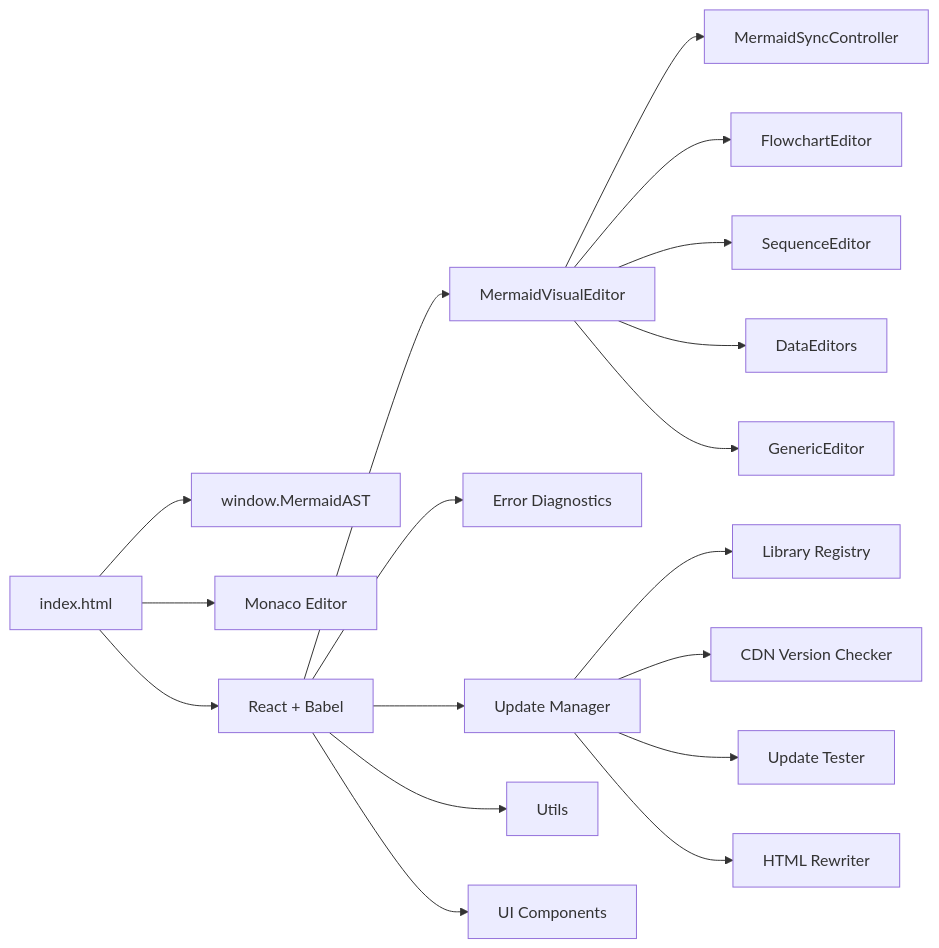
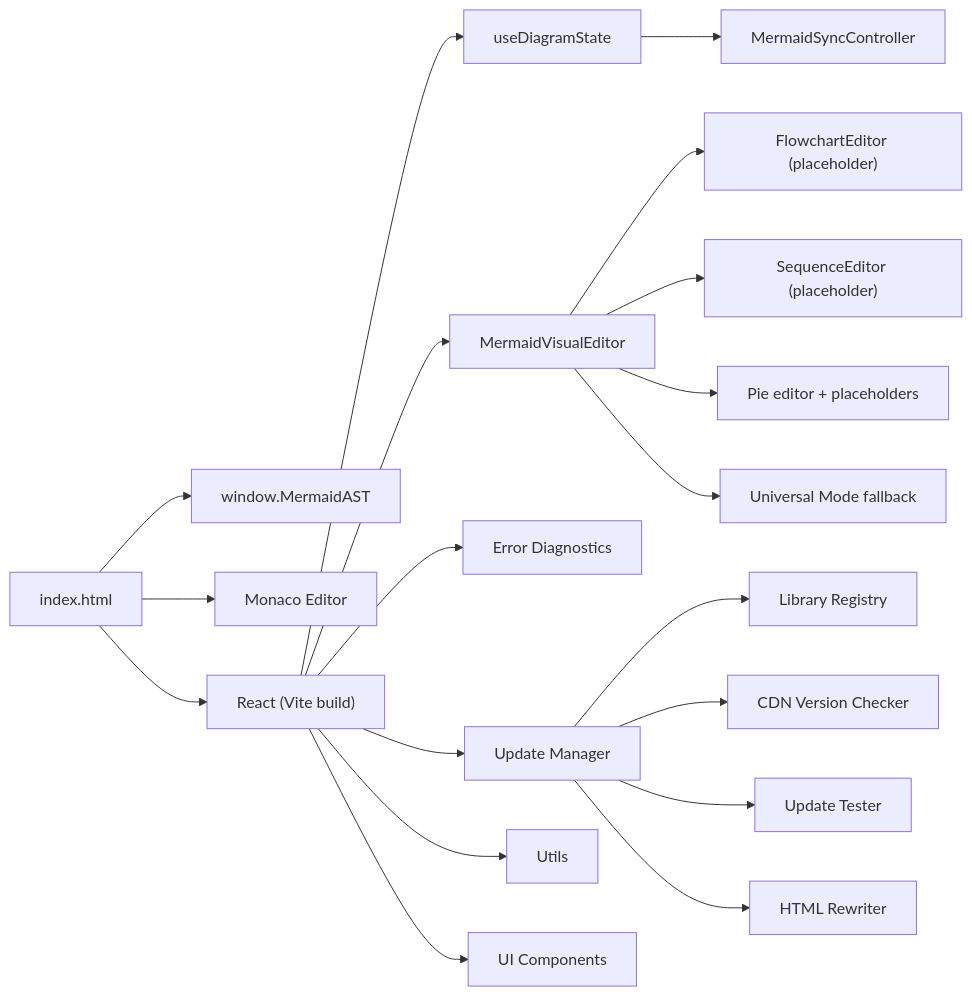
The ninth of 9 diagrams in .qoder/repowiki/en/content/Advanced Features/Advanced Features.md (ongchonghian/universal-diagram-editor), drawn with Mermaid before and after one commit. The commit also changed other lines of this file and 31 other files, not shown here.

````diff
--- a/.qoder/repowiki/en/content/Advanced Features/Advanced Features.md
+++ b/.qoder/repowiki/en/content/Advanced Features/Advanced Features.md
@@ -508,20 +495,21 @@
 ```mermaid
 graph LR
 IDX["index.html"] --> AST["window.MermaidAST"]
 IDX --> MON["Monaco Editor"]
-IDX --> REACT["React + Babel"]
+IDX --> REACT["React (Vite build)"]
+REACT --> HOOK["useDiagramState"]
+HOOK --> MSC["MermaidSyncController"]
 REACT --> MVE["MermaidVisualEditor"]
-MVE --> MSC["MermaidSyncController"]
-MVE --> ED1["FlowchartEditor"]
-MVE --> ED2["SequenceEditor"]
-MVE --> ED3["DataEditors"]
-MVE --> EDF["GenericEditor"]
+MVE --> ED1["FlowchartEditor (placeholder)"]
+MVE --> ED2["SequenceEditor (placeholder)"]
+MVE --> ED3["Pie editor + placeholders"]
+MVE --> EDF["Universal Mode fallback"]
 REACT --> ERR["Error Diagnostics"]
 REACT --> UTM["Update Manager"]
 UTM --> LR["Library Registry"]
 UTM --> CVC["CDN Version Checker"]
 UTM --> UT["Update Tester"]
 UTM --> HR["HTML Rewriter"]
 REACT --> UTL["Utils"]
 REACT --> UI["UI Components"]
 ```
````
